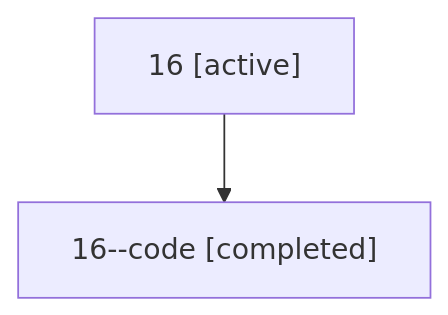
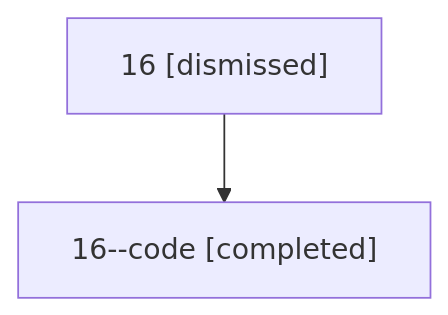
The diagram in sessions/bbugyi200.athena.16.md (sase-org/sase--agents), drawn with Mermaid before and after one commit. The commit also changed other lines of this file and 6 other files, not shown here.

````diff
--- a/sessions/bbugyi200.athena.16.md
+++ b/sessions/bbugyi200.athena.16.md
@@ -9,6 +9,6 @@
 ```mermaid
 flowchart TD
-  n0["16 [active]"]
+  n0["16 [dismissed]"]
   n1["16--code [completed]"]
   n0 --> n1
 ```
````
